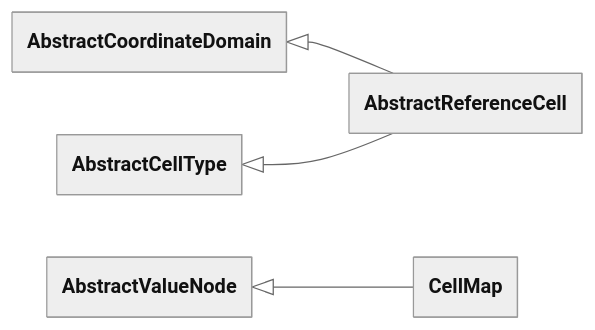
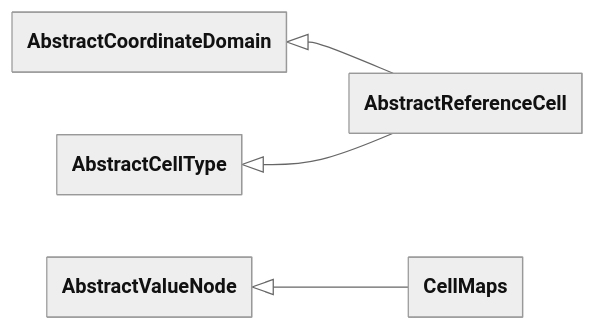
The ninth of 12 diagrams in design/language.md (FEniCS/uflx), drawn with Mermaid before and after one commit. The commit also changed other lines of this file and 5 other files, not shown here.

Commit message:
Make cell_domains and cell_maps indexable families

````diff
--- a/design/language.md
+++ b/design/language.md
@@ -4409,17 +4478,17 @@
 ```mermaid
 ---
 config:
   theme: neutral
   look: classic
   class:
     theme: neutral
     look: classic
     hideEmptyMembersBox: true
 ---
 classDiagram
     direction LR
     accTitle: Reference cells class hierarchy
     AbstractCoordinateDomain <|-- AbstractReferenceCell
     AbstractCellType <|-- AbstractReferenceCell
-    AbstractValueNode <|-- CellMap
+    AbstractValueNode <|-- CellMaps
 ```
````
